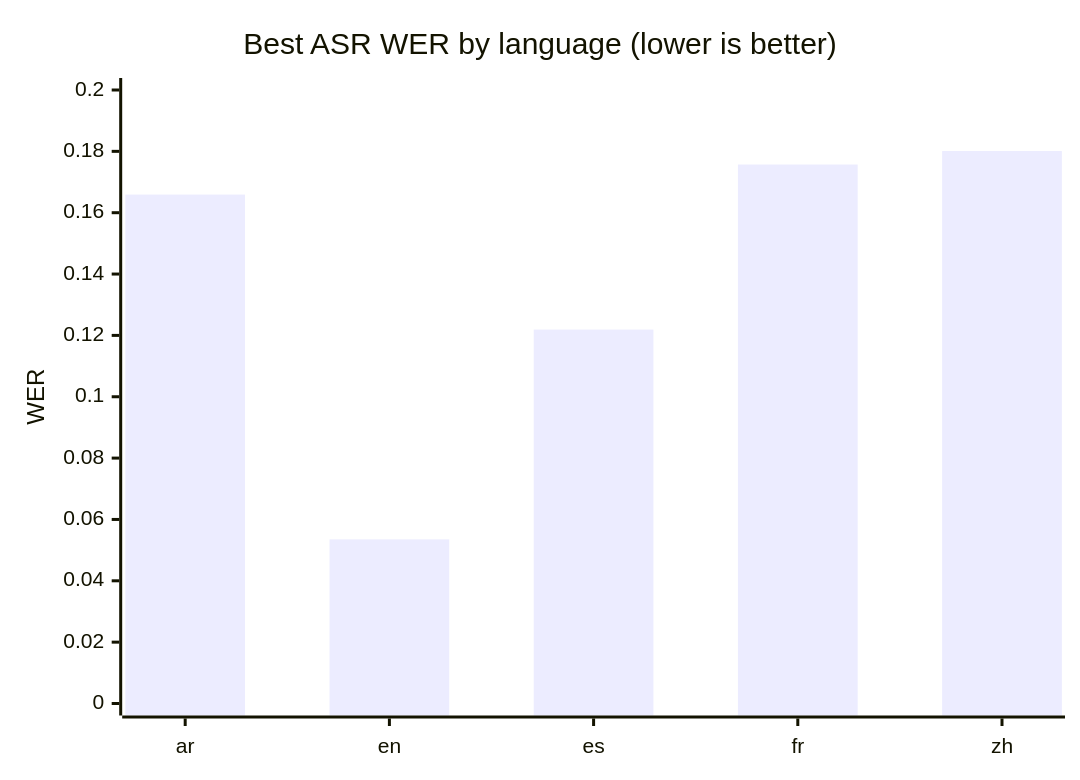
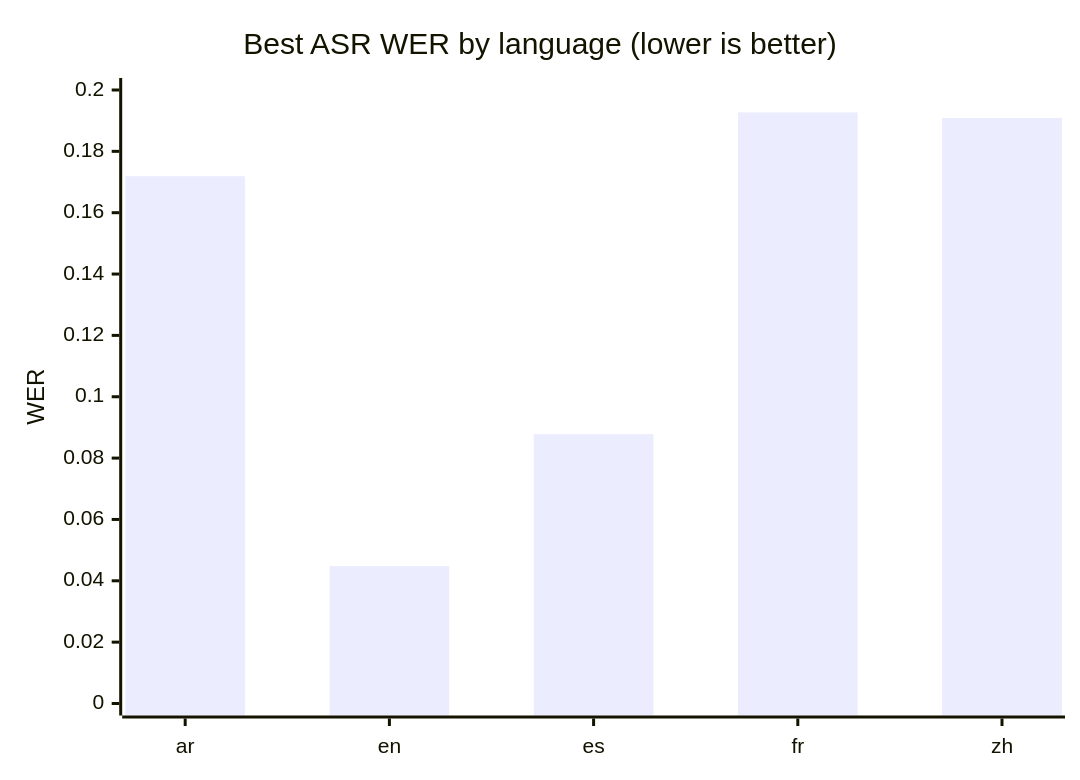
The second of 5 diagrams in docs/results.md (nkhaloo/speech-stack-benchmark), drawn with Mermaid before and after one commit. The commit also changed other lines of this file and 2 other files, not shown here.

````diff
--- a/docs/results.md
+++ b/docs/results.md
@@ -142,7 +161,7 @@
 ```mermaid
 xychart-beta
     title "Best ASR WER by language (lower is better)"
     x-axis ["ar", "en", "es", "fr", "zh"]
     y-axis "WER" 0 --> 0.20
-    bar [0.1659, 0.0535, 0.1219, 0.1757, 0.1801]
+    bar [0.1719, 0.0448, 0.0878, 0.1927, 0.1909]
 ```
````
